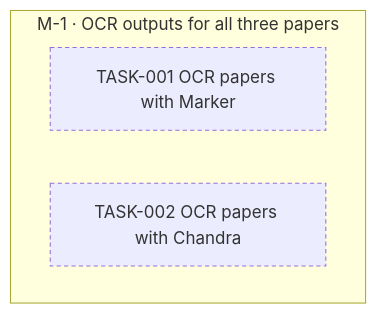
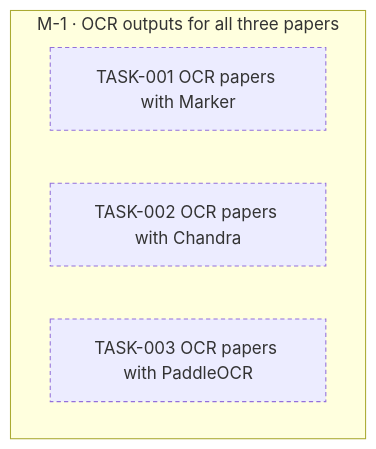
One commit to jesusvillota/replicate changed the diagram in goals/ocr-papers/README.md. Above: the diagram before and after it, drawn with Mermaid. The commit also changed 1 other file, not shown here.

Commit message:
goal(ocr-papers): add TASK-003 OCR papers with PaddleOCR

````diff
--- a/goals/ocr-papers/README.md
+++ b/goals/ocr-papers/README.md
@@ -19,12 +19,14 @@
 ```mermaid
 flowchart TD
   subgraph M_1["M-1 · OCR outputs for all three papers"]
     TASK_001["TASK-001 OCR papers with Marker"]
     TASK_002["TASK-002 OCR papers with Chandra"]
+    TASK_003["TASK-003 OCR papers with PaddleOCR"]
   end
   classDef draft stroke-dasharray: 4 3
   classDef cancelled opacity:0.45
   classDef decision fill:#f3e8ff,stroke:#7c3aed
   class TASK_001 draft
   class TASK_002 draft
+  class TASK_003 draft
 ```
````
